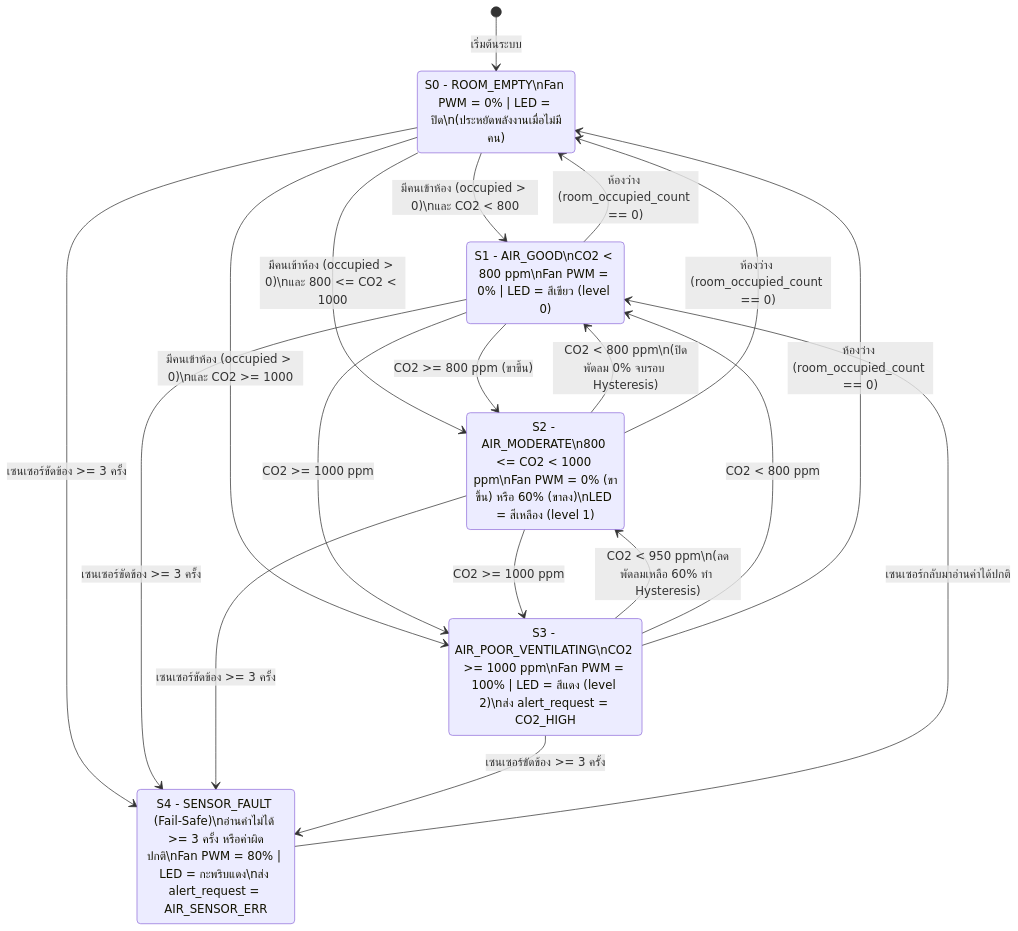
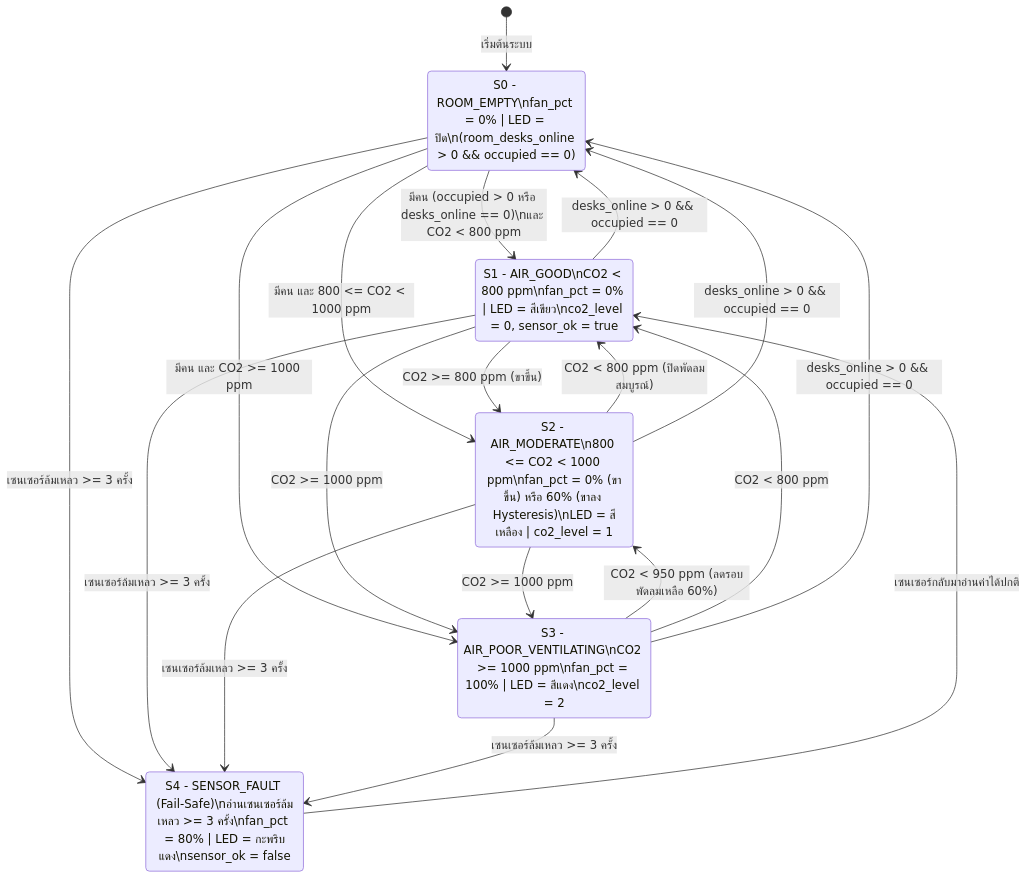
Before and after one commit to AnMayVaa/smart-workstation-env-regulator: the diagram in 04_logic/C2_logic_air.md, drawn with Mermaid. The commit also changed other lines of this file and 6 other files, not shown here.

````diff
--- a/04_logic/C2_logic_air.md
+++ b/04_logic/C2_logic_air.md
@@ -51,31 +49,31 @@
 ```mermaid
 stateDiagram-v2
     [*] --> S0_ROOM_EMPTY : เริ่มต้นระบบ
 
-    S0_ROOM_EMPTY : S0 - ROOM_EMPTY\nFan PWM = 0% | LED = ปิด\n(ประหยัดพลังงานเมื่อไม่มีคน)
-    S1_AIR_GOOD : S1 - AIR_GOOD\nCO2 < 800 ppm\nFan PWM = 0% | LED = สีเขียว (level 0)
-    S2_AIR_MODERATE : S2 - AIR_MODERATE\n800 <= CO2 < 1000 ppm\nFan PWM = 0% (ขาขึ้น) หรือ 60% (ขาลง)\nLED = สีเหลือง (level 1)
-    S3_AIR_POOR : S3 - AIR_POOR_VENTILATING\nCO2 >= 1000 ppm\nFan PWM = 100% | LED = สีแดง (level 2)\nส่ง alert_request = CO2_HIGH
-    S4_SENSOR_FAULT : S4 - SENSOR_FAULT (Fail-Safe)\nอ่านค่าไม่ได้ >= 3 ครั้ง หรือค่าผิดปกติ\nFan PWM = 80% | LED = กะพริบแดง\nส่ง alert_request = AIR_SENSOR_ERR
+    S0_ROOM_EMPTY : S0 - ROOM_EMPTY\nfan_pct = 0% | LED = ปิด\n(room_desks_online > 0 && occupied == 0)
+    S1_AIR_GOOD : S1 - AIR_GOOD\nCO2 < 800 ppm\nfan_pct = 0% | LED = สีเขียว\nco2_level = 0, sensor_ok = true
+    S2_AIR_MODERATE : S2 - AIR_MODERATE\n800 <= CO2 < 1000 ppm\nfan_pct = 0% (ขาขึ้น) หรือ 60% (ขาลง Hysteresis)\nLED = สีเหลือง | co2_level = 1
+    S3_AIR_POOR : S3 - AIR_POOR_VENTILATING\nCO2 >= 1000 ppm\nfan_pct = 100% | LED = สีแดง\nco2_level = 2
+    S4_SENSOR_FAULT : S4 - SENSOR_FAULT (Fail-Safe)\nอ่านเซนเซอร์ล้มเหลว >= 3 ครั้ง\nfan_pct = 80% | LED = กะพริบแดง\nsensor_ok = false
 
-    S0_ROOM_EMPTY --> S1_AIR_GOOD : มีคนเข้าห้อง (occupied > 0)\nและ CO2 < 800
-    S0_ROOM_EMPTY --> S2_AIR_MODERATE : มีคนเข้าห้อง (occupied > 0)\nและ 800 <= CO2 < 1000
-    S0_ROOM_EMPTY --> S3_AIR_POOR : มีคนเข้าห้อง (occupied > 0)\nและ CO2 >= 1000
+    S0_ROOM_EMPTY --> S1_AIR_GOOD : มีคน (occupied > 0 หรือ desks_online == 0)\nและ CO2 < 800 ppm
+    S0_ROOM_EMPTY --> S2_AIR_MODERATE : มีคน และ 800 <= CO2 < 1000 ppm
+    S0_ROOM_EMPTY --> S3_AIR_POOR : มีคน และ CO2 >= 1000 ppm
 
     S1_AIR_GOOD --> S2_AIR_MODERATE : CO2 >= 800 ppm (ขาขึ้น)
     S1_AIR_GOOD --> S3_AIR_POOR : CO2 >= 1000 ppm
     S2_AIR_MODERATE --> S3_AIR_POOR : CO2 >= 1000 ppm
-    S3_AIR_POOR --> S2_AIR_MODERATE : CO2 < 950 ppm\n(ลดพัดลมเหลือ 60% ทำ Hysteresis)
-    S2_AIR_MODERATE --> S1_AIR_GOOD : CO2 < 800 ppm\n(ปิดพัดลม 0% จบรอบ Hysteresis)
+    S3_AIR_POOR --> S2_AIR_MODERATE : CO2 < 950 ppm (ลดรอบพัดลมเหลือ 60%)
+    S2_AIR_MODERATE --> S1_AIR_GOOD : CO2 < 800 ppm (ปิดพัดลมสมบูรณ์)
     S3_AIR_POOR --> S1_AIR_GOOD : CO2 < 800 ppm
 
-    S1_AIR_GOOD --> S0_ROOM_EMPTY : ห้องว่าง (room_occupied_count == 0)
-    S2_AIR_MODERATE --> S0_ROOM_EMPTY : ห้องว่าง (room_occupied_count == 0)
-    S3_AIR_POOR --> S0_ROOM_EMPTY : ห้องว่าง (room_occupied_count == 0)
+    S1_AIR_GOOD --> S0_ROOM_EMPTY : desks_online > 0 && occupied == 0
+    S2_AIR_MODERATE --> S0_ROOM_EMPTY : desks_online > 0 && occupied == 0
+    S3_AIR_POOR --> S0_ROOM_EMPTY : desks_online > 0 && occupied == 0
 
-    S0_ROOM_EMPTY --> S4_SENSOR_FAULT : เซนเซอร์ขัดข้อง >= 3 ครั้ง
-    S1_AIR_GOOD --> S4_SENSOR_FAULT : เซนเซอร์ขัดข้อง >= 3 ครั้ง
-    S2_AIR_MODERATE --> S4_SENSOR_FAULT : เซนเซอร์ขัดข้อง >= 3 ครั้ง
-    S3_AIR_POOR --> S4_SENSOR_FAULT : เซนเซอร์ขัดข้อง >= 3 ครั้ง
+    S0_ROOM_EMPTY --> S4_SENSOR_FAULT : เซนเซอร์ล้มเหลว >= 3 ครั้ง
+    S1_AIR_GOOD --> S4_SENSOR_FAULT : เซนเซอร์ล้มเหลว >= 3 ครั้ง
+    S2_AIR_MODERATE --> S4_SENSOR_FAULT : เซนเซอร์ล้มเหลว >= 3 ครั้ง
+    S3_AIR_POOR --> S4_SENSOR_FAULT : เซนเซอร์ล้มเหลว >= 3 ครั้ง
     S4_SENSOR_FAULT --> S1_AIR_GOOD : เซนเซอร์กลับมาอ่านค่าได้ปกติ
 ```
````
